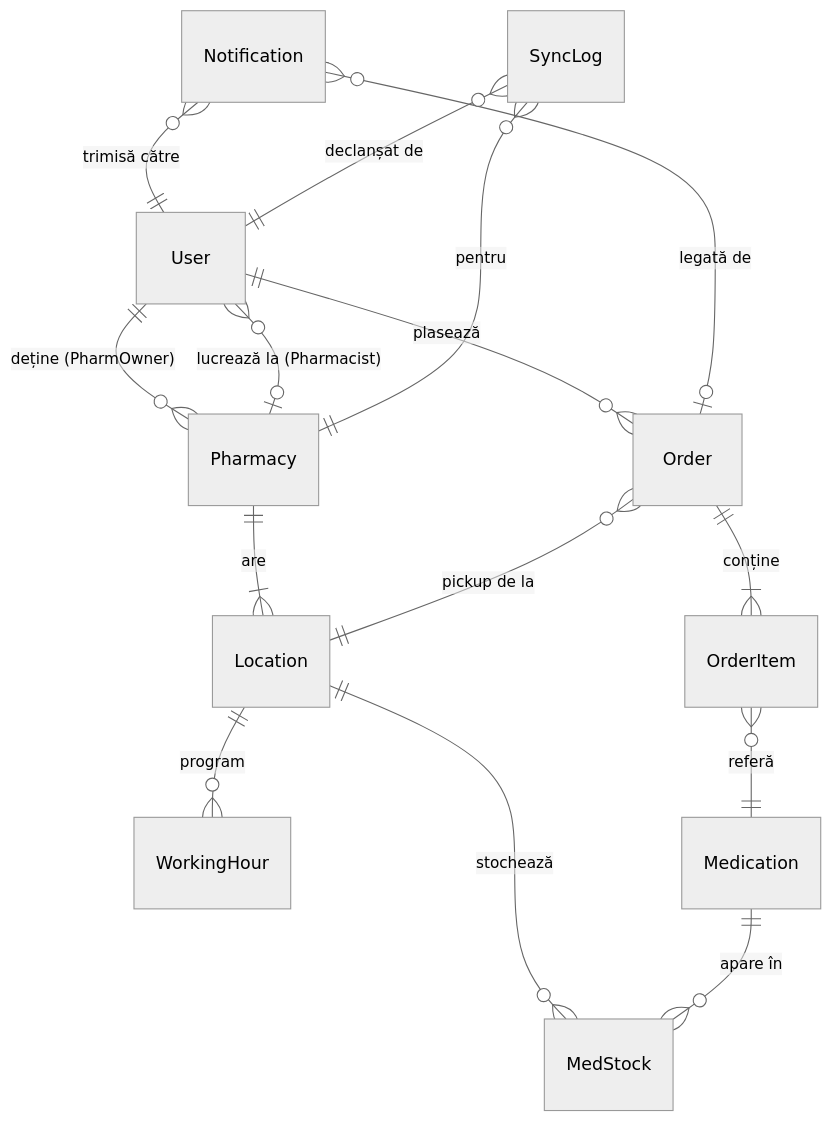
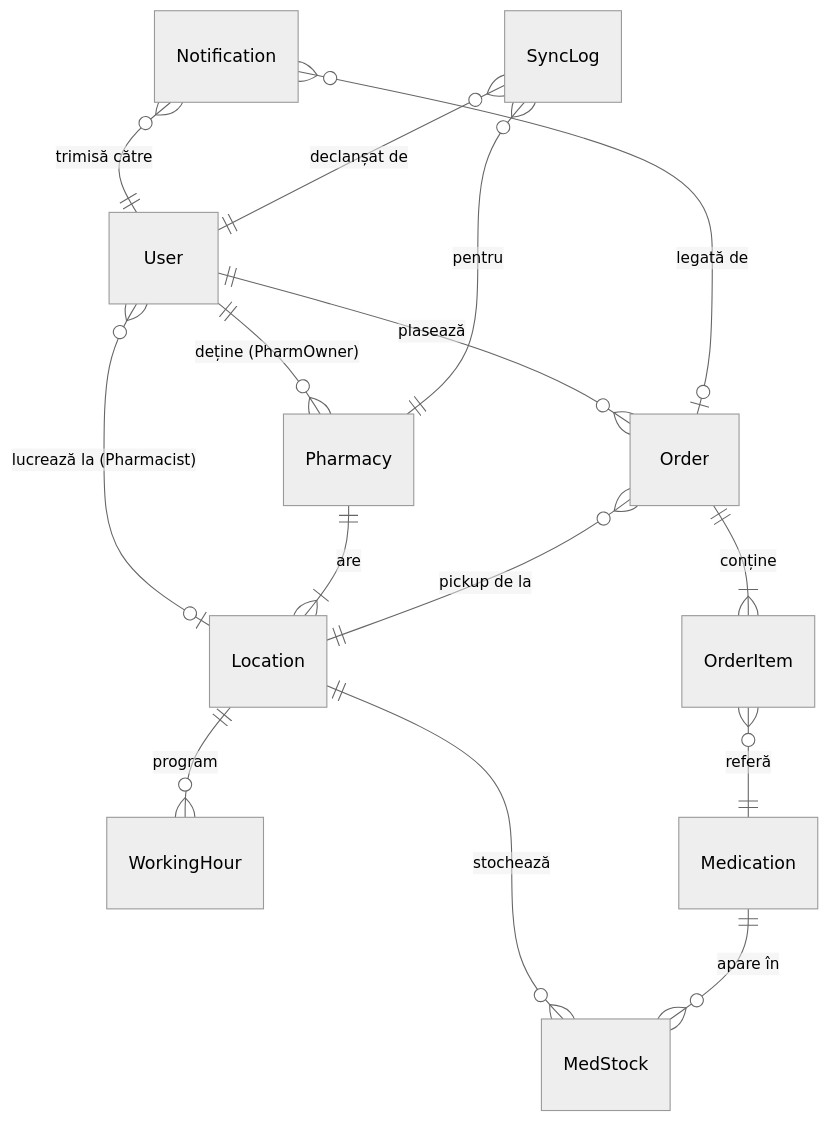
One commit to Bounty-Busters/innovation-management changed the first of 2 diagrams in entity_structure_proposal.md. Above: the diagram before and after it, drawn with Mermaid (neutral theme). The commit also changed other lines of this file, not shown here.

Commit message:
change pharmacist per location

````diff
--- a/entity_structure_proposal.md
+++ b/entity_structure_proposal.md
@@ -11,17 +11,17 @@
 ```mermaid
 erDiagram
     User ||--o{ Order : "plasează"
     User ||--o{ Pharmacy : "deține (PharmOwner)"
-    User }o--o| Pharmacy : "lucrează la (Pharmacist)"
+    User }o--o| Location : "lucrează la (Pharmacist)"
     Pharmacy ||--|{ Location : "are"
     Location ||--o{ MedStock : "stochează"
     Location ||--o{ WorkingHour : "program"
     Medication ||--o{ MedStock : "apare în"
     Order }o--|| Location : "pickup de la"
     Order ||--|{ OrderItem : "conține"
     OrderItem }o--|| Medication : "referă"
     Notification }o--|| User : "trimisă către"
     Notification }o--o| Order : "legată de"
     SyncLog }o--|| Pharmacy : "pentru"
     SyncLog }o--|| User : "declanșat de"
 ```
````
